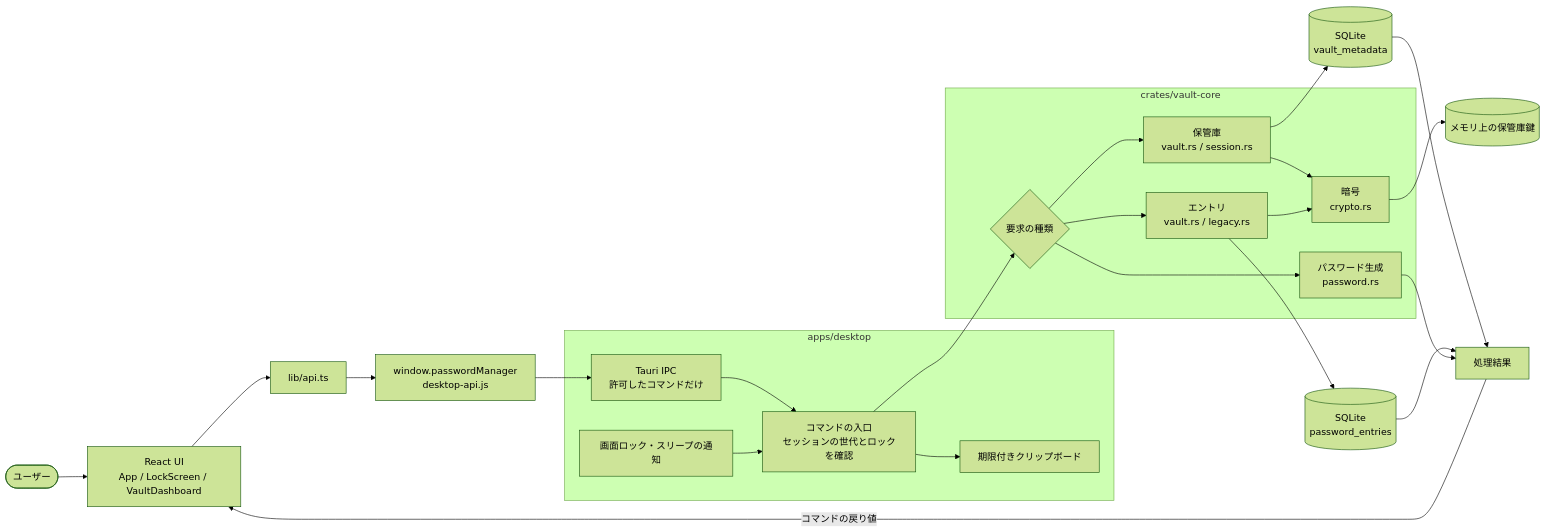
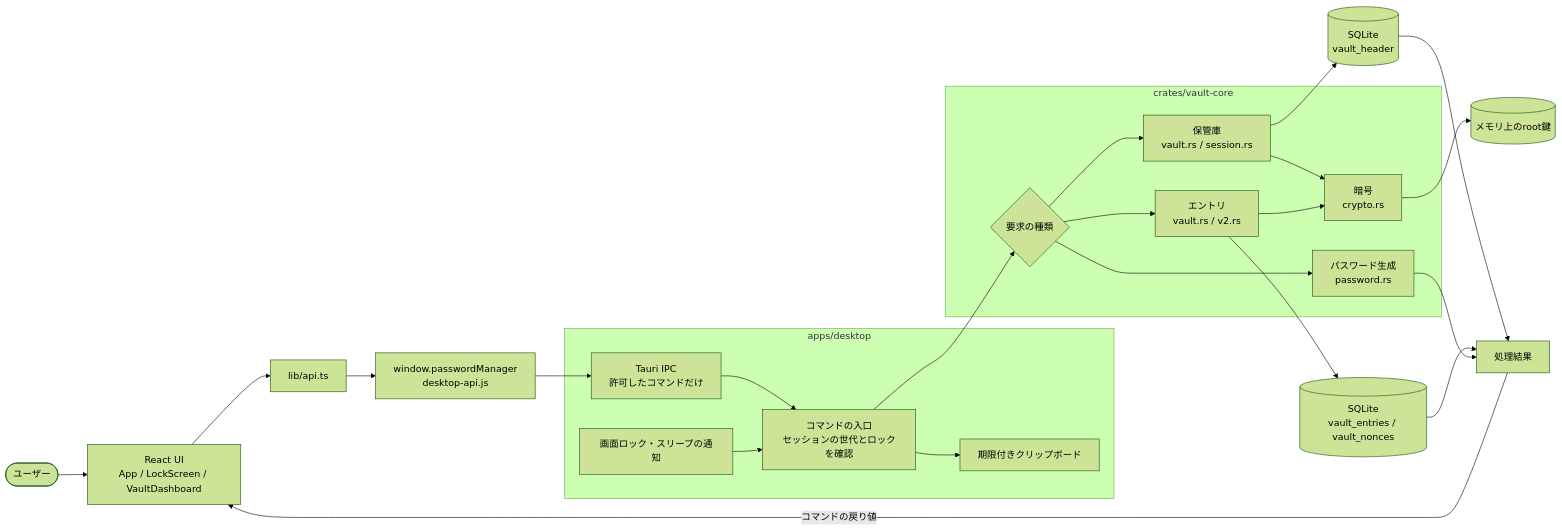
The diagram in docs/ワークフロー/02-画面からSQLiteまで.md (Termnix-IT/CIPHER-VAULT), drawn with Mermaid (forest theme) before and after one commit. The commit also changed other lines of this file and 9 other files, not shown here.

First line of the commit message:
docs: describe the v2-only vault and icons inside entries

````diff
--- a/docs/ワークフロー/02-画面からSQLiteまで.md
+++ b/docs/ワークフロー/02-画面からSQLiteまで.md
@@ -5,31 +5,31 @@
 ```mermaid
 flowchart LR
     user([ユーザー]) --> ui[React UI<br/>App / LockScreen / VaultDashboard]
     ui --> client[lib/api.ts]
     client --> bridge[window.passwordManager<br/>desktop-api.js]
     bridge --> ipc[Tauri IPC<br/>許可したコマンドだけ]
 
     subgraph desktop[apps/desktop]
         ipc --> commands[コマンドの入口<br/>セッションの世代とロックを確認]
         commands --> clipboard[期限付きクリップボード]
         osEvents[画面ロック・スリープの通知] --> commands
     end
 
     subgraph core[crates/vault-core]
         commands --> services{要求の種類}
         services --> vault[保管庫<br/>vault.rs / session.rs]
-        services --> entries[エントリ<br/>vault.rs / legacy.rs]
+        services --> entries[エントリ<br/>vault.rs / v2.rs]
         services --> password[パスワード生成<br/>password.rs]
         vault --> crypto[暗号<br/>crypto.rs]
         entries --> crypto
     end
 
-    vault --> sqlite[(SQLite<br/>vault_metadata)]
-    entries --> sqliteEntries[(SQLite<br/>password_entries)]
-    crypto --> memory[(メモリ上の保管庫鍵)]
+    vault --> sqlite[(SQLite<br/>vault_header)]
+    entries --> sqliteEntries[(SQLite<br/>vault_entries / vault_nonces)]
+    crypto --> memory[(メモリ上のroot鍵)]
 
     sqlite --> response[処理結果]
     sqliteEntries --> response
     password --> response
     response -->|コマンドの戻り値| ui
 ```
````
